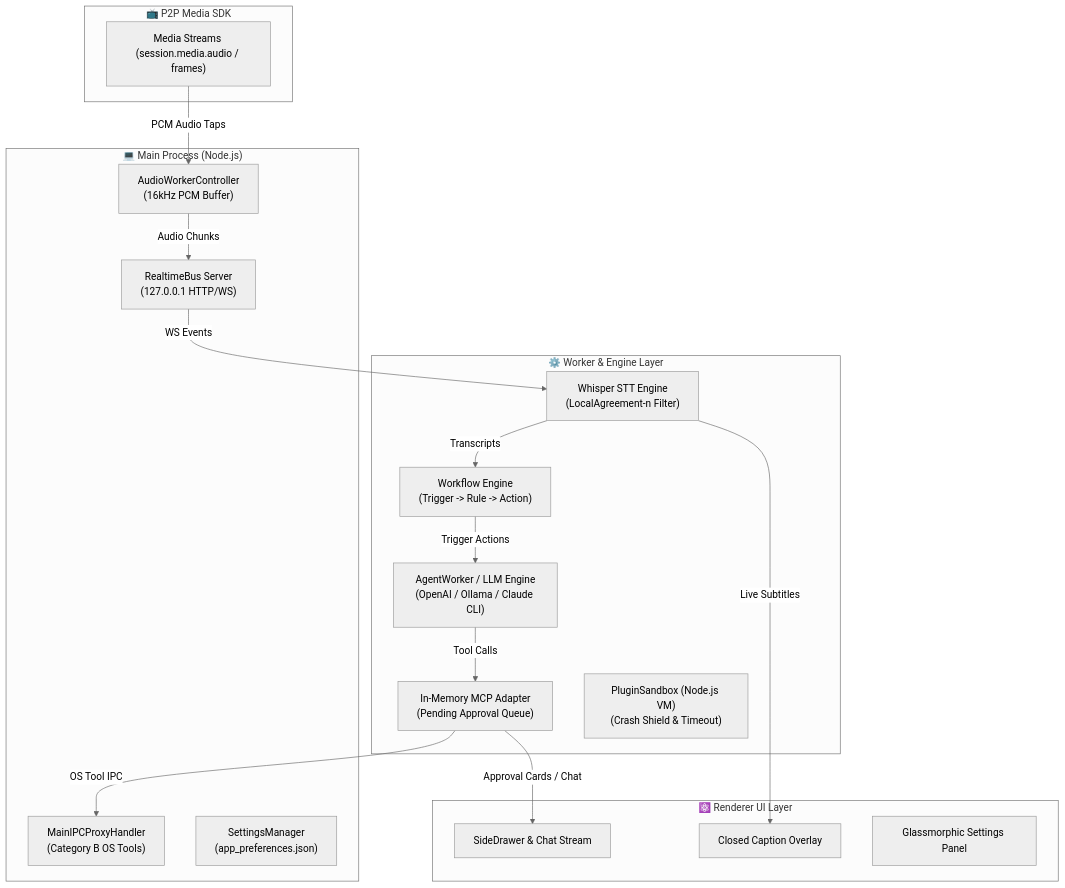
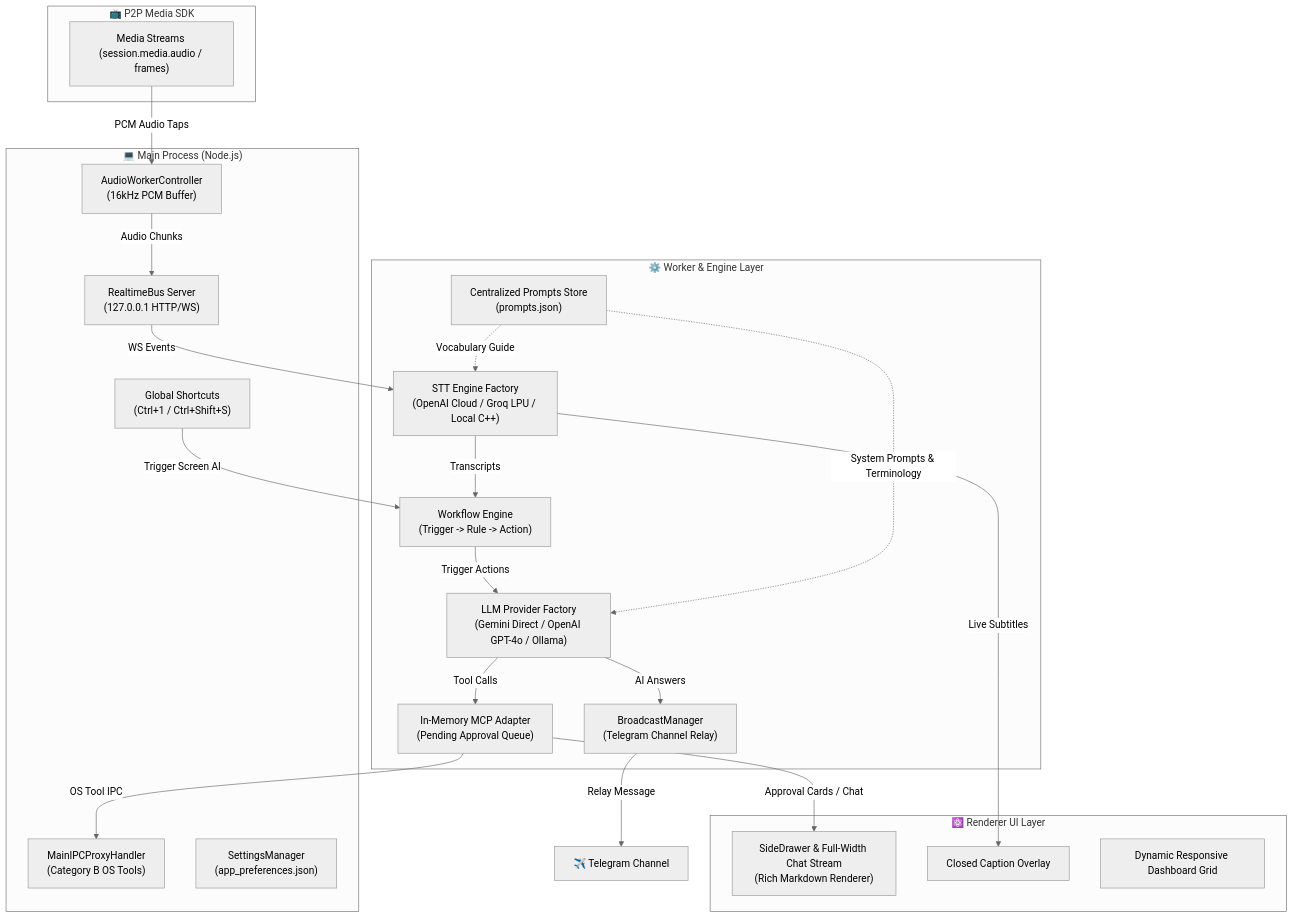
The diagram in FRD.md (Sumitkumar193/Synapse_P2P), drawn with Mermaid (neutral theme) before and after one commit. The commit also changed other lines of this file and 45 other files, not shown here.

Commit message:
feat(ai): add system-wide hotkeys, active language detection, bullet interview formatting, Telegram relay, and VAD metrics

````diff
--- a/FRD.md
+++ b/FRD.md
@@ -16,37 +14,44 @@
 ```mermaid
 graph TD
     subgraph P2P_SDK["📺 P2P Media SDK"]
         MediaStream["Media Streams (session.media.audio / frames)"]
     end
 
     subgraph MAIN_PROC["💻 Main Process (Node.js)"]
         AudioWorker["AudioWorkerController\n(16kHz PCM Buffer)"]
         RealtimeBus["RealtimeBus Server\n(127.0.0.1 HTTP/WS)"]
         IPCProxy["MainIPCProxyHandler\n(Category B OS Tools)"]
         Settings["SettingsManager\n(app_preferences.json)"]
+        Hotkeys["Global Shortcuts\n(Ctrl+1 / Ctrl+Shift+S)"]
     end
 
     subgraph ENGINE_LAYER["⚙️ Worker & Engine Layer"]
-        WhisperSTT["Whisper STT Engine\n(LocalAgreement-n Filter)"]
+        WhisperSTT["STT Engine Factory\n(OpenAI Cloud / Groq LPU / Local C++)"]
         Workflow["Workflow Engine\n(Trigger -> Rule -> Action)"]
-        LLM["AgentWorker / LLM Engine\n(OpenAI / Ollama / Claude CLI)"]
+        LLM["LLM Provider Factory\n(Gemini Direct / OpenAI GPT-4o / Ollama)"]
         MCP["In-Memory MCP Adapter\n(Pending Approval Queue)"]
-        Sandbox["PluginSandbox (Node.js VM)\n(Crash Shield & Timeout)"]
+        Broadcast["BroadcastManager\n(Telegram Channel Relay)"]
+        PromptsJSON["Centralized Prompts Store\n(prompts.json)"]
     end
 
     subgraph RENDERER["⚛️ Renderer UI Layer"]
-        ChatUI["SideDrawer & Chat Stream"]
+        ChatUI["SideDrawer & Full-Width Chat Stream\n(Rich Markdown Renderer)"]
         Overlay["Closed Caption Overlay"]
-        SettingsUI["Glassmorphic Settings Panel"]
+        Dashboard["Dynamic Responsive Dashboard Grid"]
     end
 
     MediaStream -->|PCM Audio Taps| AudioWorker
     AudioWorker -->|Audio Chunks| RealtimeBus
     RealtimeBus -->|WS Events| WhisperSTT
     WhisperSTT -->|Transcripts| Workflow
+    Hotkeys -->|Trigger Screen AI| Workflow
     Workflow -->|Trigger Actions| LLM
+    PromptsJSON -.->|System Prompts & Terminology| LLM
+    PromptsJSON -.->|Vocabulary Guide| WhisperSTT
     LLM -->|Tool Calls| MCP
+    LLM -->|AI Answers| Broadcast
+    Broadcast -->|Relay Message| Telegram["✈️ Telegram Channel"]
     MCP -->|OS Tool IPC| IPCProxy
     MCP -->|Approval Cards / Chat| ChatUI
     WhisperSTT -->|Live Subtitles| Overlay
 ```
````
